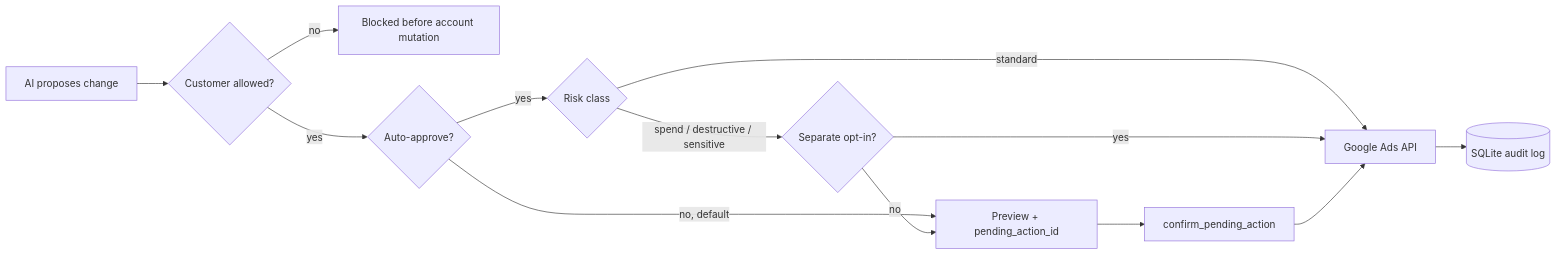
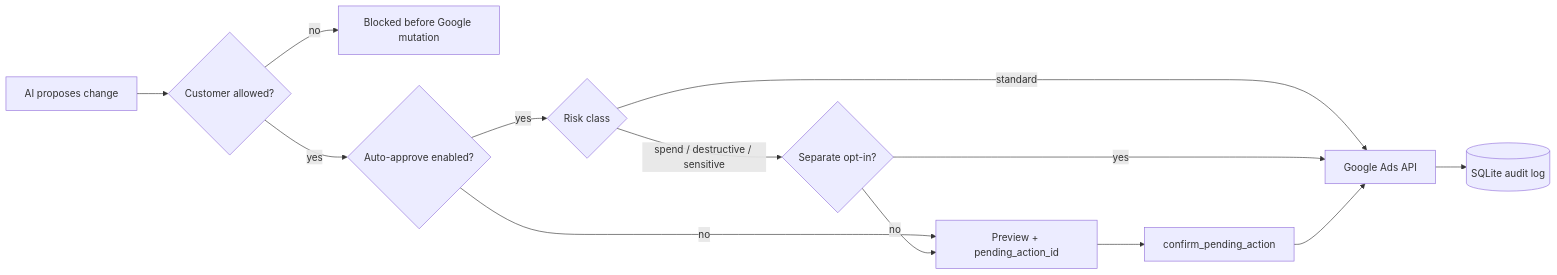
Before and after one commit to akelaonline/MCP-Google-Ads: the diagram in README.md, drawn with Mermaid. The commit also changed other lines of this file, not shown here.

````diff
--- a/README.md
+++ b/README.md
@@ -141,15 +84,15 @@
 ```mermaid
 flowchart LR
     A[AI proposes change] --> S{Customer allowed?}
-    S -- no --> X[Blocked before account mutation]
-    S -- yes --> B{Auto-approve?}
-    B -- no, default --> C[Preview + pending_action_id]
+    S -- no --> X[Blocked before Google mutation]
+    S -- yes --> B{Auto-approve enabled?}
+    B -- no --> C[Preview + pending_action_id]
     B -- yes --> R{Risk class}
     R -- standard --> E[Google Ads API]
     R -- spend / destructive / sensitive --> H{Separate opt-in?}
     H -- no --> C
     H -- yes --> E
     C --> D[confirm_pending_action]
     D --> E
     E --> F[(SQLite audit log)]
 ```
````
